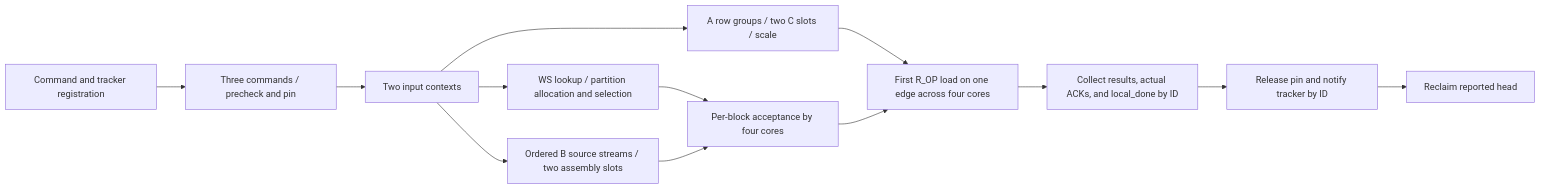
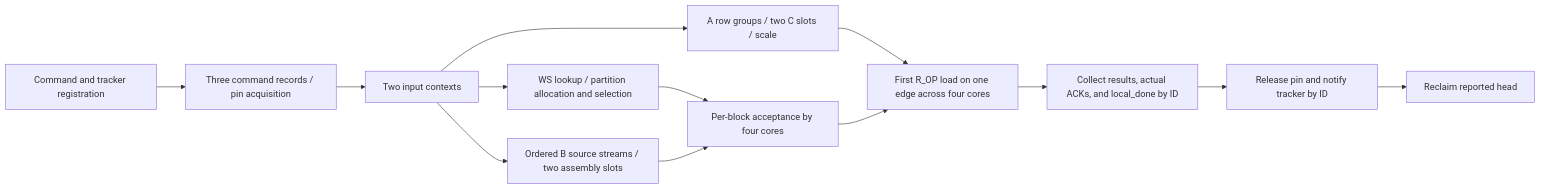
Before and after one commit to yuhin777/Allegro: the diagram in doc/rtl_specs/tensor_core/blackwell_tc_mma_engine.md, drawn with Mermaid. The commit also changed other lines of this file and 27 other files, not shown here.

````diff
--- a/doc/rtl_specs/tensor_core/blackwell_tc_mma_engine.md
+++ b/doc/rtl_specs/tensor_core/blackwell_tc_mma_engine.md
@@ -52,13 +50,13 @@
 ```mermaid
 flowchart LR
-  CMD["Command and tracker registration"] --> REC["Three commands / precheck and pin"]
+  CMD["Command and tracker registration"] --> REC["Three command records / pin acquisition"]
   REC --> PRE["Two input contexts"]
   PRE --> SEL["WS lookup / partition allocation and selection"]
   PRE --> LOAD["Ordered B source streams / two assembly slots"]
   SEL & LOAD --> C["Per-block acceptance by four cores"]
   PRE --> A["A row groups / two C slots / scale"]
   A & C --> GO["First R_OP load on one edge across four cores"]
   GO --> TAIL["Collect results, actual ACKs, and local_done by ID"]
   TAIL --> N["Release pin and notify tracker by ID"]
   N --> RET["Reclaim reported head"]
 ```
````
